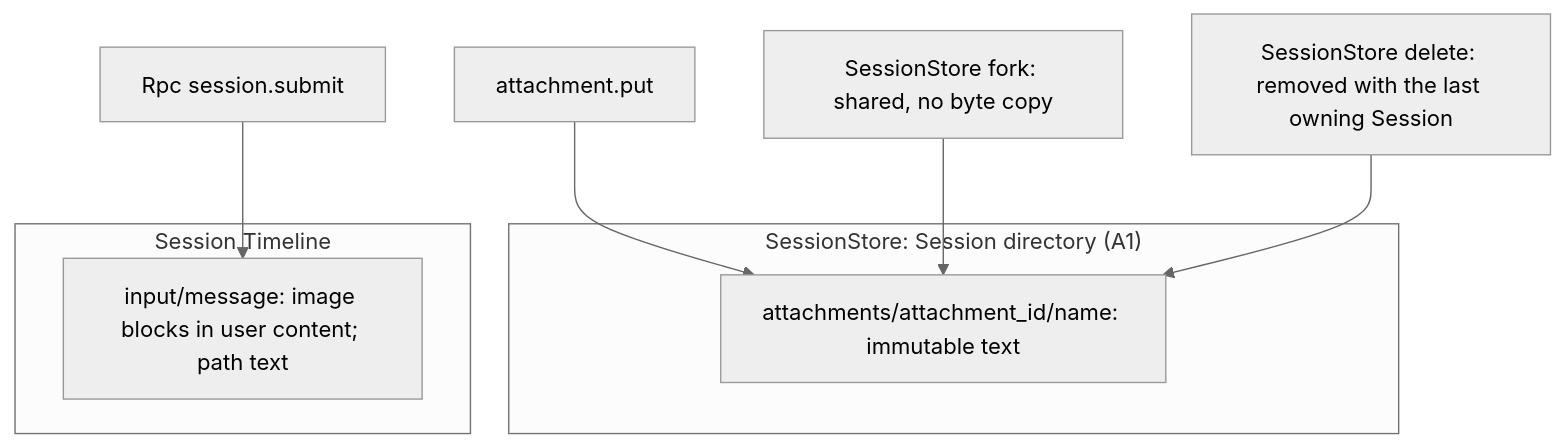
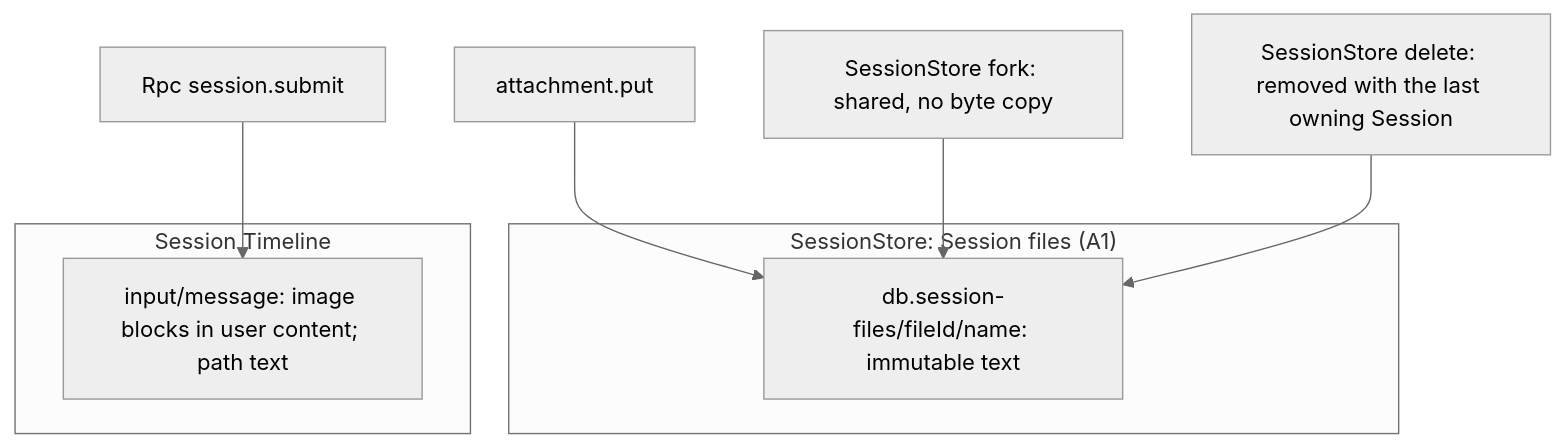
One commit to CoutinhoTTS/dim-agent changed the second of 4 diagrams in docs/design/plugins/Attachments.md. Above: the diagram before and after it, drawn with Mermaid (neutral theme). The commit also changed other lines of this file and 7 other files, not shown here.

First line of the commit message:
docs(design): draft SessionStore Session files (#59)

````diff
--- a/docs/design/plugins/Attachments.md
+++ b/docs/design/plugins/Attachments.md
@@ -44,13 +44,13 @@
 ```mermaid
 flowchart TB
-  subgraph SSD["SessionStore: Session directory (A1)"]
-    F["attachments/attachment_id/name: immutable text"]
+  subgraph SSD["SessionStore: Session files (A1)"]
+    F["db.session-files/fileId/name: immutable text"]
   end
   subgraph TL["Session Timeline"]
     IM["input/message: image blocks in user content; path text"]
   end
   PUT["attachment.put"] --> F
   FORK["SessionStore fork: shared, no byte copy"] --> F
   DEL["SessionStore delete: removed with the last owning Session"] --> F
   SUB["Rpc session.submit"] --> IM
 ```
````
